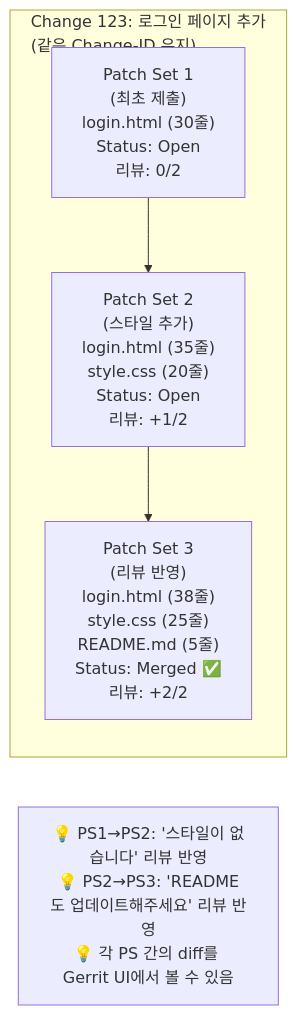
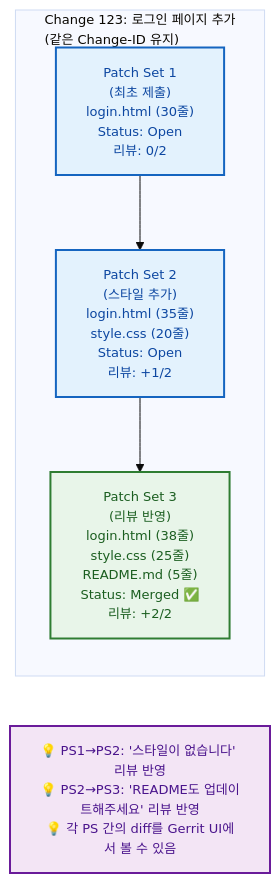
The first of 2 diagrams in git/07_Gerrit/03_Change와_Patch_Set.md (jingu279/Document), drawn with Mermaid before and after one commit. The commit also changed other lines of this file and 24 other files, not shown here.

First line of the commit message:
Git 문서 전체 Mermaid 다이어그램 스타일링 통일

````diff
--- a/git/07_Gerrit/03_Change와_Patch_Set.md
+++ b/git/07_Gerrit/03_Change와_Patch_Set.md
@@ -15,12 +15,19 @@
 ```mermaid
+%%{init: {'theme': 'base', 'themeVariables': {'fontSize': '13px'}}}%%
 flowchart LR
   subgraph Change123["Change 123: 로그인 페이지 추가<br/>(같은 Change-ID 유지)"]
     direction TB
-    PS1["Patch Set 1<br/>(최초 제출)<br/>login.html (30줄)<br/>Status: Open<br/>리뷰: 0/2"]
-    PS2["Patch Set 2<br/>(스타일 추가)<br/>login.html (35줄)<br/>style.css (20줄)<br/>Status: Open<br/>리뷰: +1/2"]
-    PS3["Patch Set 3<br/>(리뷰 반영)<br/>login.html (38줄)<br/>style.css (25줄)<br/>README.md (5줄)<br/>Status: Merged ✅<br/>리뷰: +2/2"]
+    PS1["Patch Set 1<br/>(최초 제출)<br/>login.html (30줄)<br/>Status: Open<br/>리뷰: 0/2"]:::proc
+    PS2["Patch Set 2<br/>(스타일 추가)<br/>login.html (35줄)<br/>style.css (20줄)<br/>Status: Open<br/>리뷰: +1/2"]:::proc
+    PS3["Patch Set 3<br/>(리뷰 반영)<br/>login.html (38줄)<br/>style.css (25줄)<br/>README.md (5줄)<br/>Status: Merged ✅<br/>리뷰: +2/2"]:::sub
 
     PS1 --> PS2 --> PS3
   end
-  Explanation["💡 PS1→PS2: '스타일이 없습니다' 리뷰 반영<br/>💡 PS2→PS3: 'README도 업데이트해주세요' 리뷰 반영<br/>💡 각 PS 간의 diff를 Gerrit UI에서 볼 수 있음"]
+  Explanation["💡 PS1→PS2: '스타일이 없습니다' 리뷰 반영<br/>💡 PS2→PS3: 'README도 업데이트해주세요' 리뷰 반영<br/>💡 각 PS 간의 diff를 Gerrit UI에서 볼 수 있음"]:::highlight
+
+classDef main fill:#fff3e0,stroke:#e65100,stroke-width:2px,color:#bf360c
+classDef sub fill:#e8f5e9,stroke:#2e7d32,stroke-width:2px,color:#1b5e20
+classDef proc fill:#e3f2fd,stroke:#1565c0,stroke-width:2px,color:#0d47a1
+classDef decision fill:#fff9c4,stroke:#f9a825,stroke-width:2px,color:#e65100
+classDef highlight fill:#f3e5f5,stroke:#6a1b9a,stroke-width:2px,color:#4a148c
 ```
````
